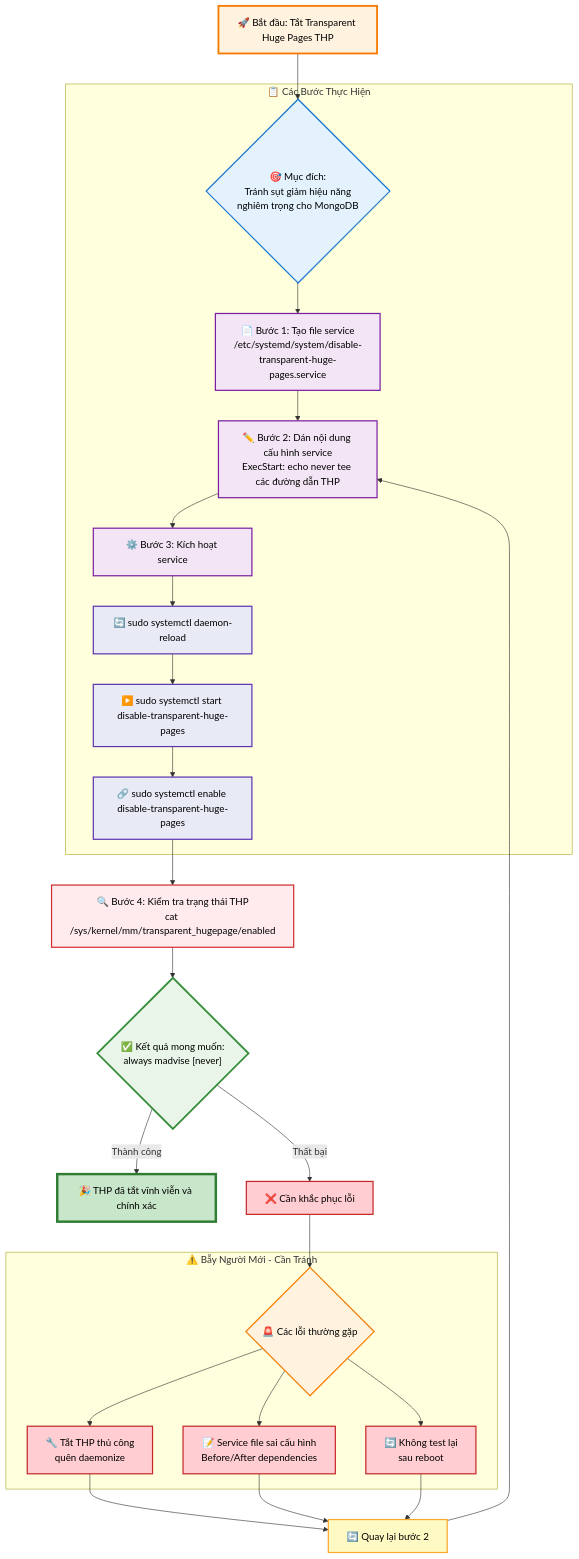
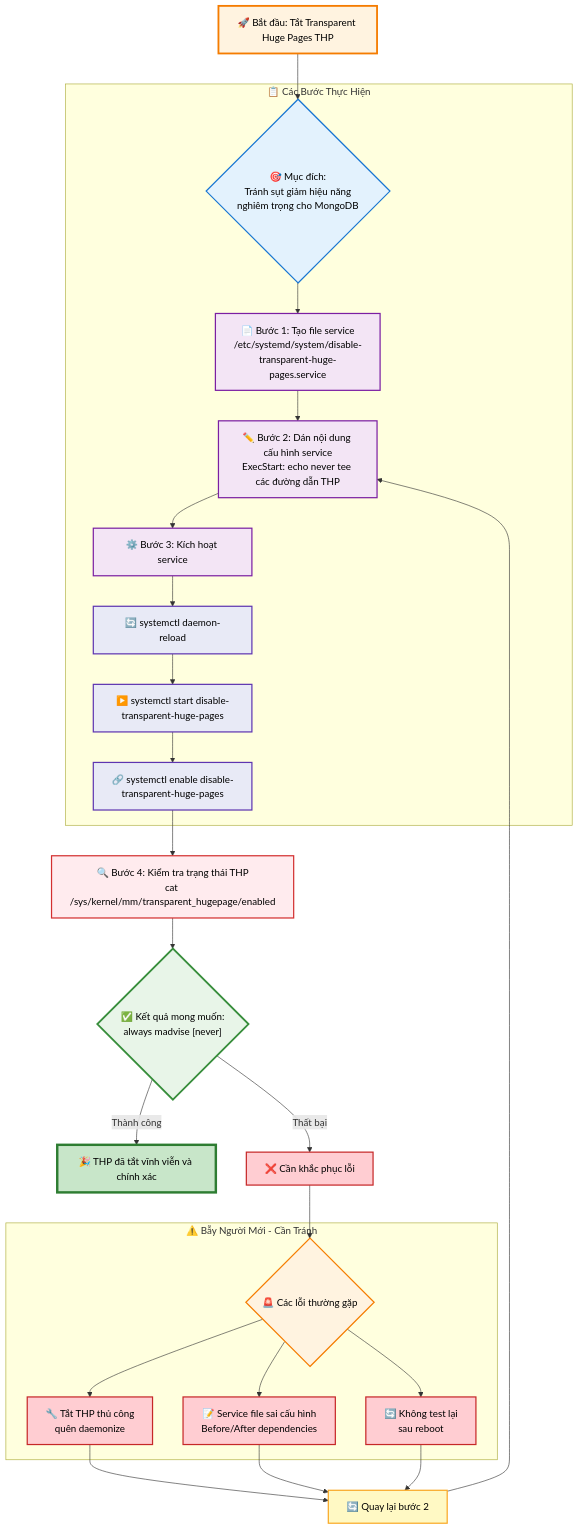
Before and after one commit to ngockhanhvd2812/DBA: the ninth of 25 diagrams in DB/Mongo-Sharding/mongo-sharding-practice.md, drawn with Mermaid. The commit also changed other lines of this file, not shown here.

````diff
--- a/DB/Mongo-Sharding/mongo-sharding-practice.md
+++ b/DB/Mongo-Sharding/mongo-sharding-practice.md
@@ -673,50 +673,50 @@
 ```mermaid
 flowchart TD
     A["🚀 Bắt đầu: Tắt Transparent Huge Pages THP"] --> B{"🎯 Mục đích:<br/>Tránh sụt giảm hiệu năng<br/>nghiêm trọng cho MongoDB"}
     
     subgraph "📋 Các Bước Thực Hiện"
         B --> C["📄 Bước 1: Tạo file service<br/>/etc/systemd/system/disable-transparent-huge-pages.service"]
         C --> D["✏️ Bước 2: Dán nội dung cấu hình service<br/>ExecStart: echo never tee các đường dẫn THP"]
         D --> E["⚙️ Bước 3: Kích hoạt service"]
-        E --> E1["🔄 sudo systemctl daemon-reload"]
-        E1 --> E2["▶️ sudo systemctl start disable-transparent-huge-pages"]
-        E2 --> E3["🔗 sudo systemctl enable disable-transparent-huge-pages"]
+        E --> E1["🔄 systemctl daemon-reload"]
+        E1 --> E2["▶️ systemctl start disable-transparent-huge-pages"]
+        E2 --> E3["🔗 systemctl enable disable-transparent-huge-pages"]
     end
     
     E3 --> F["🔍 Bước 4: Kiểm tra trạng thái THP<br/>cat /sys/kernel/mm/transparent_hugepage/enabled"]
     F --> G{"✅ Kết quả mong muốn:<br/>always madvise [never]"}
     
     G -->|"Thành công"| H["🎉 THP đã tắt vĩnh viễn và chính xác"]
     G -->|"Thất bại"| I["❌ Cần khắc phục lỗi"]
     
     I --> J{"🚨 Các lỗi thường gặp"}
     
     subgraph "⚠️ Bẫy Người Mới - Cần Tránh"
         J --> P1["🔧 Tắt THP thủ công<br/>quên daemonize"]
         J --> P2["📝 Service file sai cấu hình<br/>Before/After dependencies"]
         J --> P3["🔄 Không test lại<br/>sau reboot"]
     end
     
     P1 --> K["🔄 Quay lại bước 2"]
     P2 --> K
     P3 --> K
     K --> D
     
     style A fill:#fff3e0,stroke:#f57c00,stroke-width:3px,color:#000
     style B fill:#e3f2fd,stroke:#1976d2,stroke-width:2px,color:#000
     style C fill:#f3e5f5,stroke:#7b1fa2,stroke-width:2px,color:#000
     style D fill:#f3e5f5,stroke:#7b1fa2,stroke-width:2px,color:#000
     style E fill:#f3e5f5,stroke:#7b1fa2,stroke-width:2px,color:#000
     style E1 fill:#e8eaf6,stroke:#5e35b1,stroke-width:2px,color:#000
     style E2 fill:#e8eaf6,stroke:#5e35b1,stroke-width:2px,color:#000
     style E3 fill:#e8eaf6,stroke:#5e35b1,stroke-width:2px,color:#000
     style F fill:#ffebee,stroke:#d32f2f,stroke-width:2px,color:#000
     style G fill:#e8f5e8,stroke:#388e3c,stroke-width:3px,color:#000
     style H fill:#c8e6c9,stroke:#2e7d32,stroke-width:4px,color:#000
     style I fill:#ffcdd2,stroke:#c62828,stroke-width:2px,color:#000
     style J fill:#fff3e0,stroke:#f57c00,stroke-width:2px,color:#000
     style P1 fill:#ffcdd2,stroke:#c62828,stroke-width:2px,color:#000
     style P2 fill:#ffcdd2,stroke:#c62828,stroke-width:2px,color:#000
     style P3 fill:#ffcdd2,stroke:#c62828,stroke-width:2px,color:#000
     style K fill:#fff9c4,stroke:#f9a825,stroke-width:2px,color:#000
 ``` 
````
